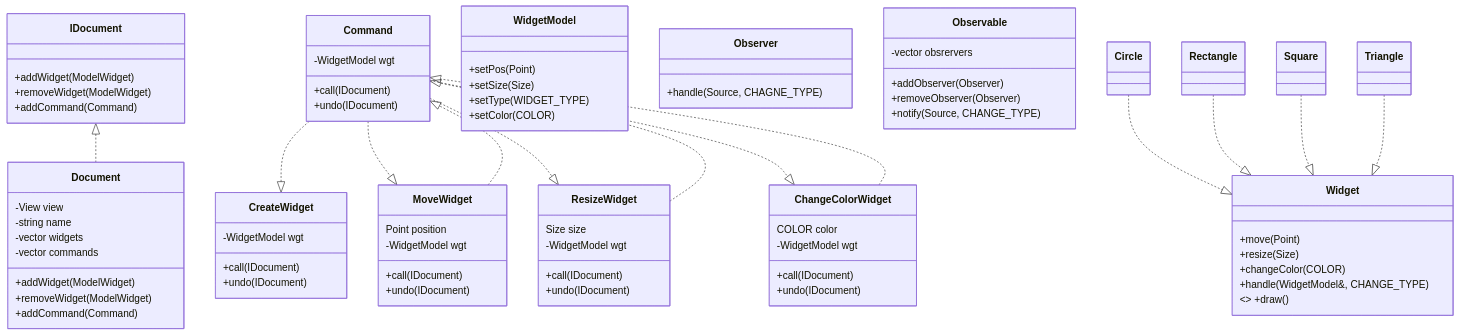
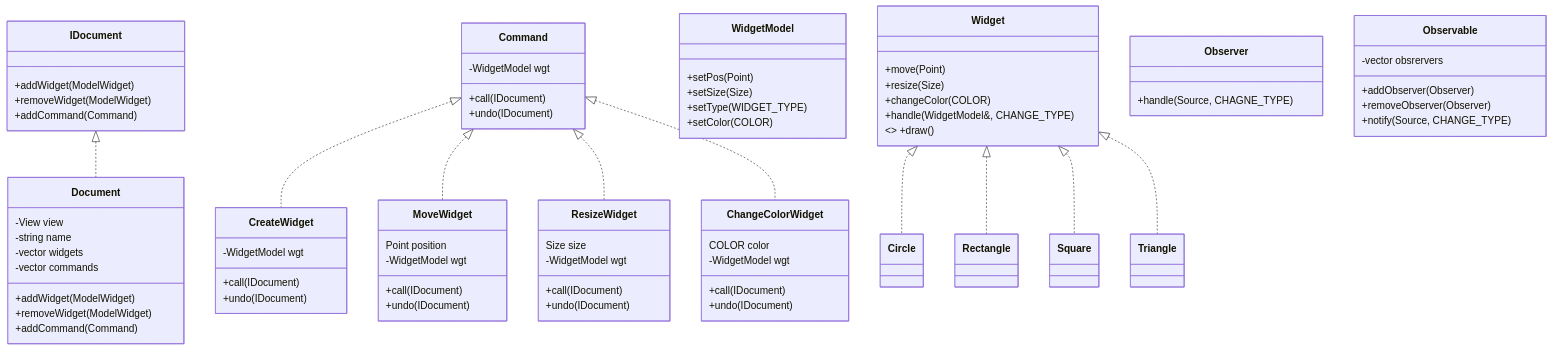
The diagram in README.md (camper81/graphic_editor), drawn with Mermaid before and after one commit.

Commit message:
Changed class diagram

````diff
--- a/README.md
+++ b/README.md
@@ -69,10 +69,10 @@
     +undo(IDocument)
 }
 
-Command ..|> CreateWidget
-Command ..|> MoveWidget
-Command ..|> ResizeWidget
-Command ..|> ChangeColorWidget
+Command <|.. CreateWidget
+Command <|.. MoveWidget
+Command <|.. ResizeWidget
+Command <|.. ChangeColorWidget
 
 class WidgetModel {
     +setPos(Point)
@@ -100,12 +100,9 @@
     +notify(Source, CHANGE_TYPE)
 }
 
-Circle ..|> Widget 
-Rectangle ..|> Widget 
-Square ..|> Widget 
-Triangle ..|> Widget 
-MoveWidget ..|> Command 
-ResizeWidget ..|> Command 
-ChangeColorWidget ..|> Command 
+Widget <|.. Circle  
+Widget <|.. Rectangle  
+Widget <|.. Square  
+Widget <|.. Triangle  
 
 ```
````
